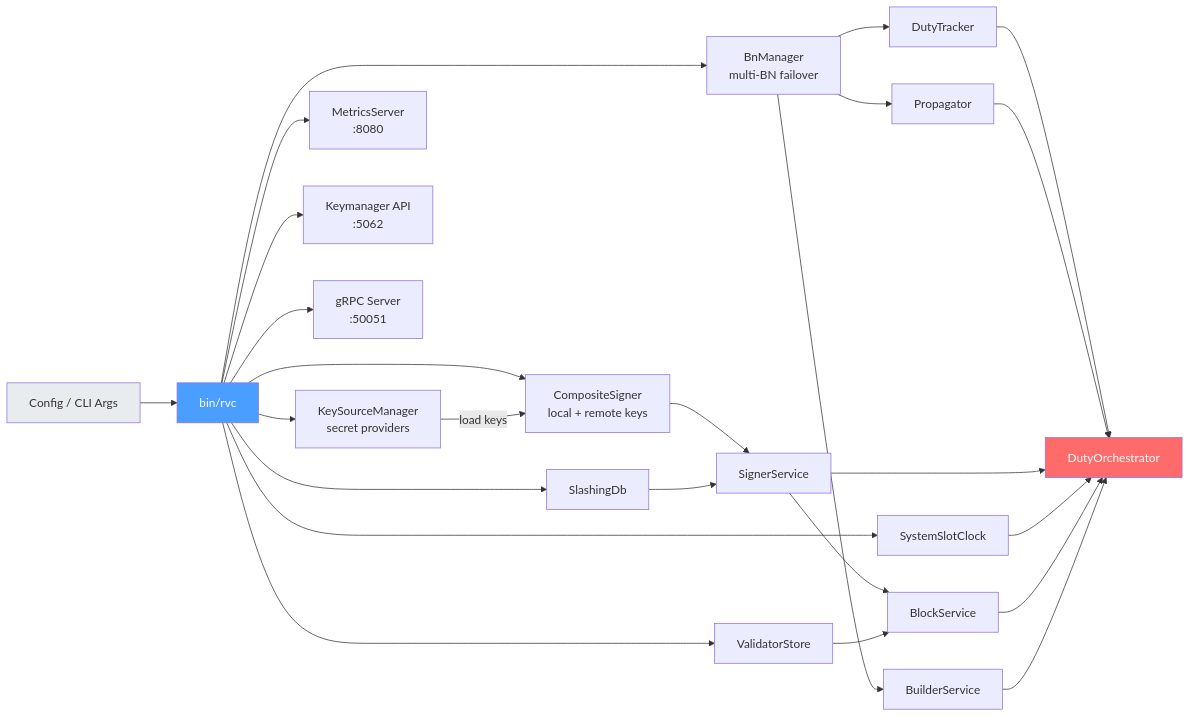
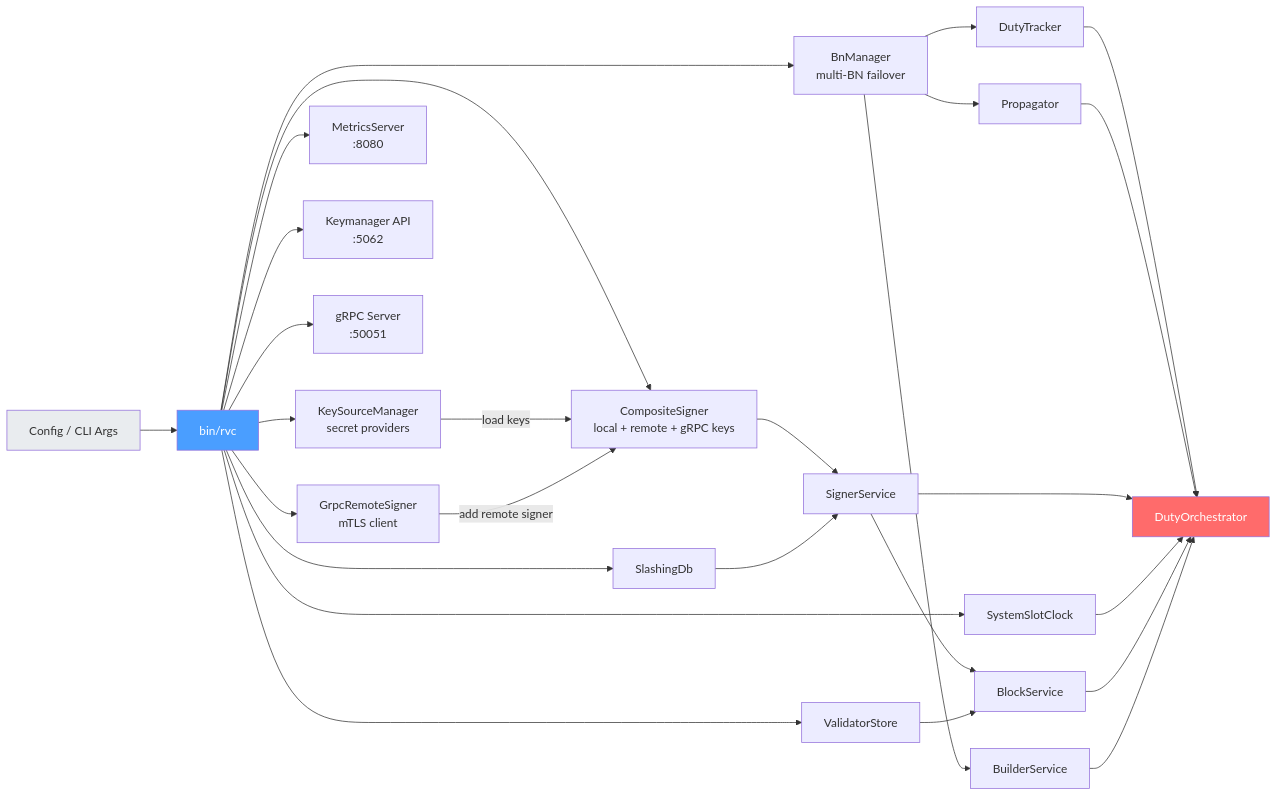
The eighth of 8 diagrams in ARCHITECTURE.md (dsrvlabs/rvc), drawn with Mermaid before and after one commit. The commit also changed other lines of this file and 1 other file, not shown here.

First line of the commit message:
docs: add rvc-signer and grpc-signer to architecture and running guide

````diff
--- a/ARCHITECTURE.md
+++ b/ARCHITECTURE.md
@@ -354,38 +377,40 @@
 ```mermaid
 flowchart LR
     CONFIG[Config / CLI Args] --> BIN[bin/rvc]
 
     BIN --> BNM[BnManager<br/>multi-BN failover]
-    BIN --> CS[CompositeSigner<br/>local + remote keys]
+    BIN --> CS[CompositeSigner<br/>local + remote + gRPC keys]
     BIN --> SDB[SlashingDb]
     BIN --> SC[SystemSlotClock]
     BIN --> VS[ValidatorStore]
     BIN --> KSM[KeySourceManager<br/>secret providers]
 
     KSM -->|load keys| CS
+    BIN --> GRS[GrpcRemoteSigner<br/>mTLS client]
+    GRS -->|add remote signer| CS
 
     BNM --> DT[DutyTracker]
     BNM --> PROP[Propagator]
     BNM --> BUILD[BuilderService]
 
     CS --> SS[SignerService]
     SDB --> SS
 
     SS --> BLOCK[BlockService]
     VS --> BLOCK
 
     DT --> ORCH[DutyOrchestrator]
     PROP --> ORCH
     SS --> ORCH
     SC --> ORCH
     BLOCK --> ORCH
     BUILD --> ORCH
 
     BIN --> MS[MetricsServer<br/>:8080]
     BIN --> KMA[Keymanager API<br/>:5062]
     BIN --> GRPC[gRPC Server<br/>:50051]
 
     style CONFIG fill:#e9ecef,color:#333
     style BIN fill:#4a9eff,color:#fff
     style ORCH fill:#ff6b6b,color:#fff
 ```
````
